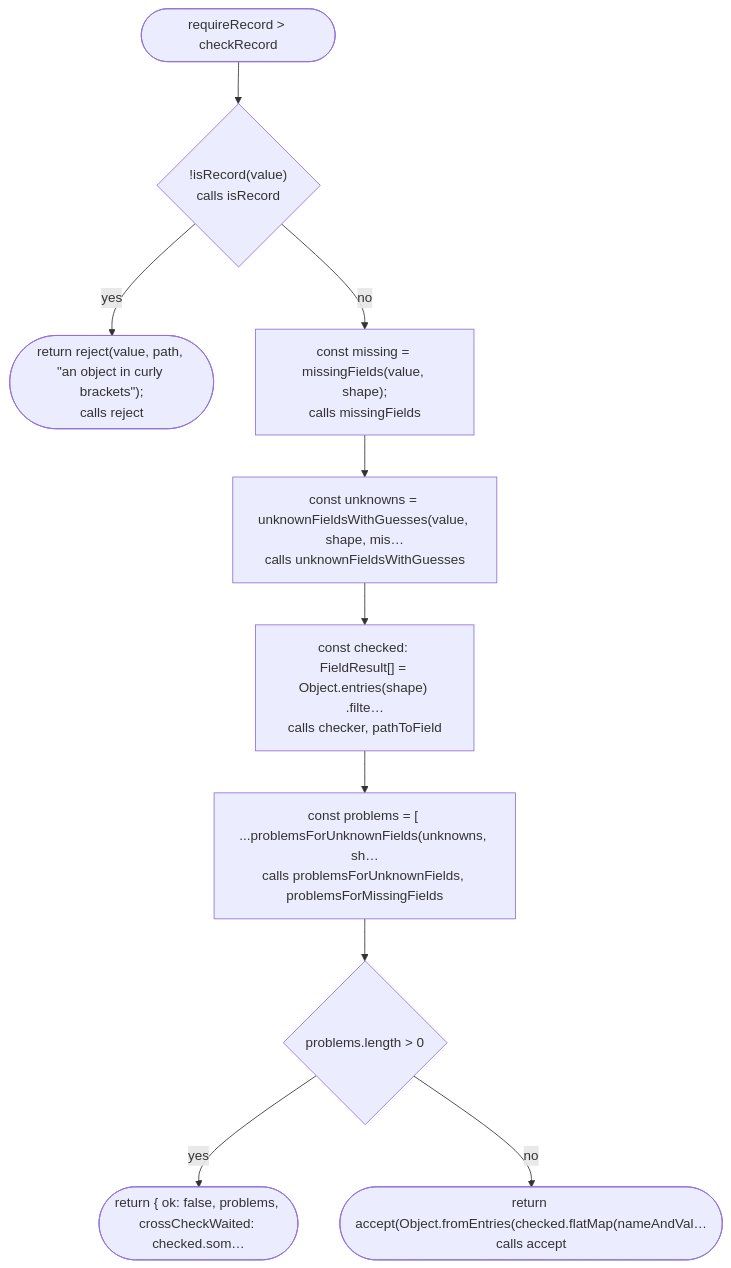
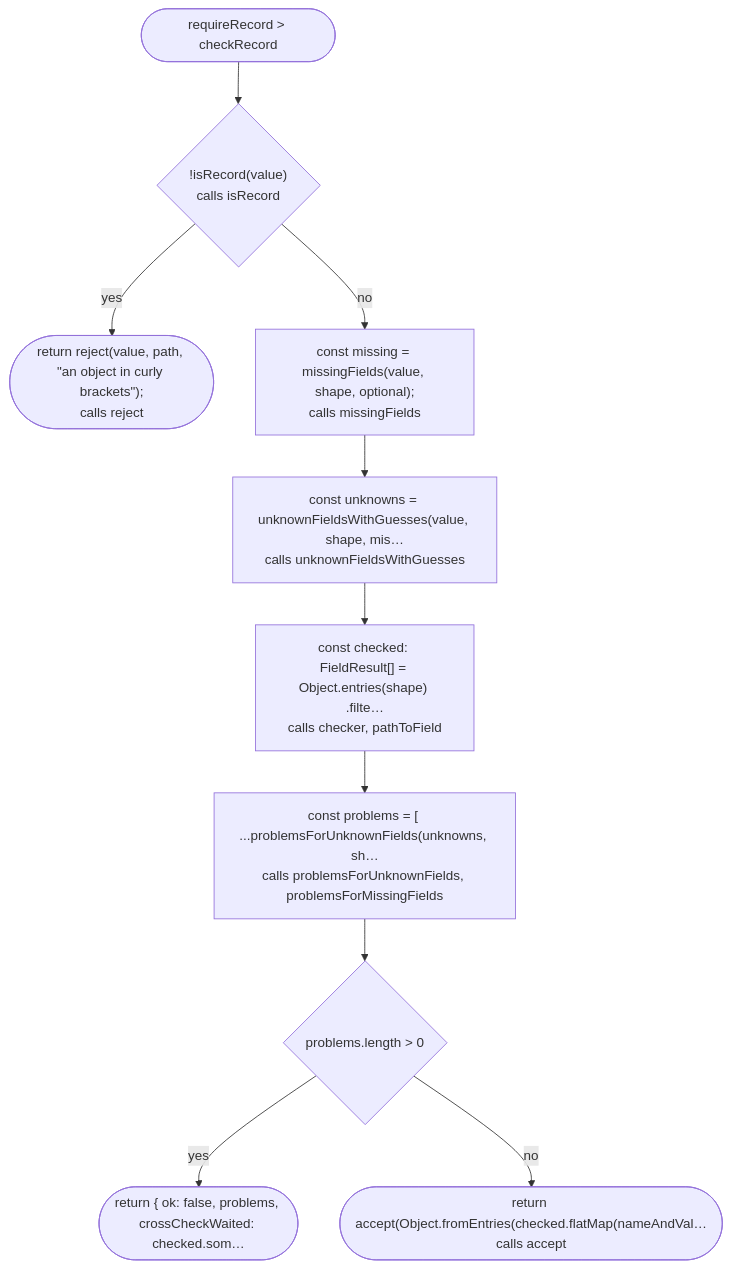
Before and after one commit to NewDara-Star/world-engine: diagram 37 of 48 in docs/flows/src/place/parse.md, drawn with Mermaid. The commit also changed other lines of this file and 87 other files, not shown here.

````diff
--- a/docs/flows/src/place/parse.md
+++ b/docs/flows/src/place/parse.md
@@ -457,22 +545,22 @@
 ```mermaid
 flowchart TD
   n1(["requireRecord #gt; checkRecord"])
   n2{"!isRecord(value)<br/>calls isRecord"}
   n3(["return reject(value, path, #quot;an object in curly brackets#quot;);<br/>calls reject"])
-  n4["const missing = missingFields(value, shape);<br/>calls missingFields"]
+  n4["const missing = missingFields(value, shape, optional);<br/>calls missingFields"]
   n5["const unknowns = unknownFieldsWithGuesses(value, shape, mis…<br/>calls unknownFieldsWithGuesses"]
   n6["const checked: FieldResult[] = Object.entries(shape) .filte…<br/>calls checker, pathToField"]
   n7["const problems = [ ...problemsForUnknownFields(unknowns, sh…<br/>calls problemsForUnknownFields, problemsForMissingFields"]
   n8{"problems.length #gt; 0"}
   n9(["return { ok: false, problems, crossCheckWaited: checked.som…"])
   n10(["return accept(Object.fromEntries(checked.flatMap(nameAndVal…<br/>calls accept"])
   n1 --> n2
   n2 -->|"yes"| n3
   n2 -->|"no"| n4
   n4 --> n5
   n5 --> n6
   n6 --> n7
   n7 --> n8
   n8 -->|"yes"| n9
   n8 -->|"no"| n10
 ```
````
